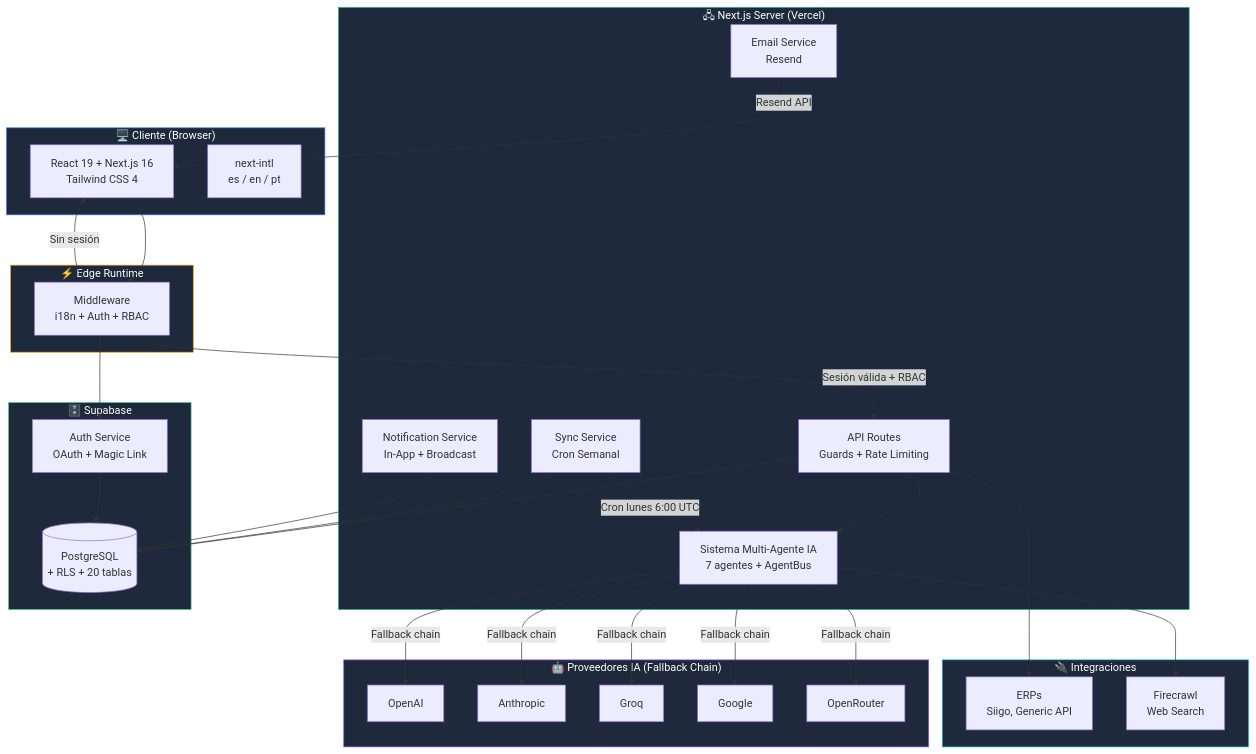
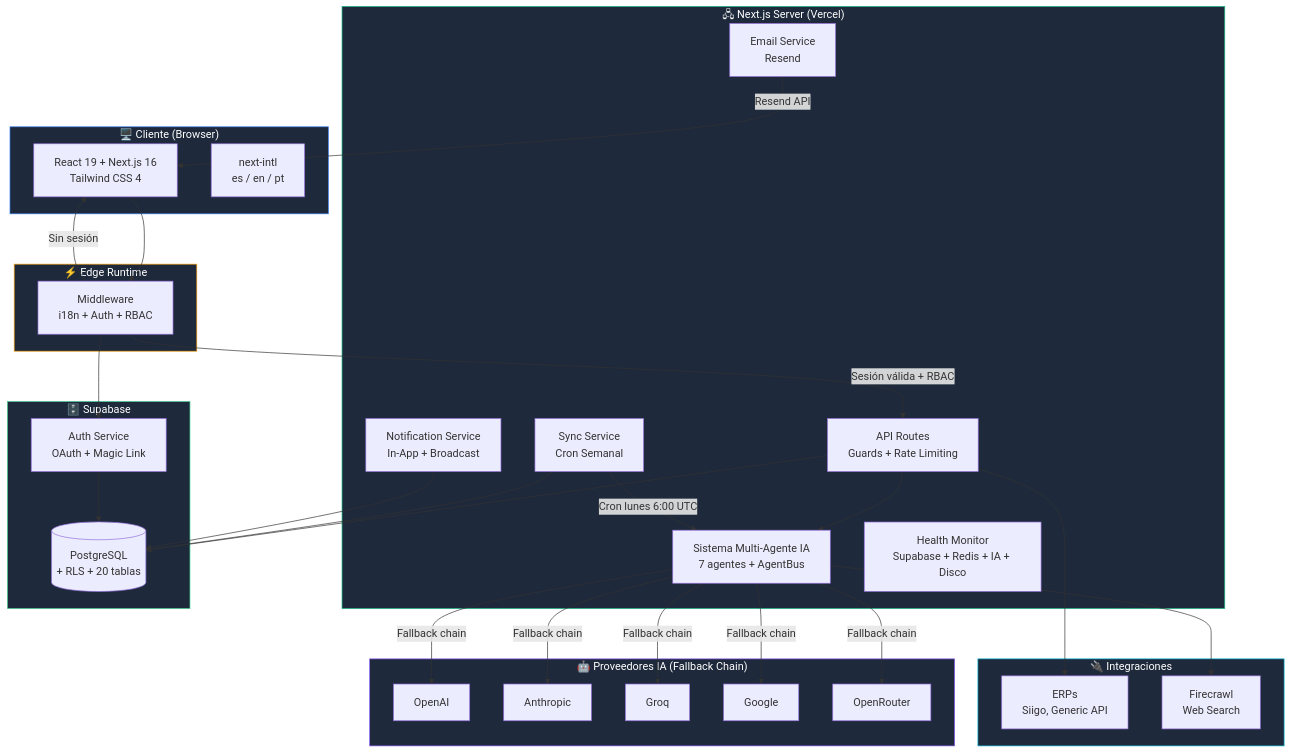
Before and after one commit to Shiroe-95/NominaApp: the first of 9 diagrams in README.md, drawn with Mermaid. The commit also changed other lines of this file and 176 other files, not shown here.

````diff
--- a/README.md
+++ b/README.md
@@ -141,59 +142,60 @@
 ```mermaid
 graph TB
     subgraph Cliente["🖥️ Cliente (Browser)"]
         UI[React 19 + Next.js 16<br/>Tailwind CSS 4]
         I18N[next-intl<br/>es / en / pt]
     end
 
     subgraph Edge["⚡ Edge Runtime"]
         MW[Middleware<br/>i18n + Auth + RBAC]
     end
 
     subgraph Server["🖧 Next.js Server (Vercel)"]
         API[API Routes<br/>Guards + Rate Limiting]
         AGENTS[Sistema Multi-Agente IA<br/>7 agentes + AgentBus]
         SYNC[Sync Service<br/>Cron Semanal]
         EMAIL[Email Service<br/>Resend]
         NOTIF[Notification Service<br/>In-App + Broadcast]
+        HEALTH[Health Monitor<br/>Supabase + Redis + IA + Disco]
     end
 
     subgraph AI["🤖 Proveedores IA (Fallback Chain)"]
         OAI[OpenAI]
         ANT[Anthropic]
         GRQ[Groq]
         GOO[Google]
         ORT[OpenRouter]
     end
 
     subgraph DB["🗄️ Supabase"]
         PG[(PostgreSQL<br/>+ RLS + 20 tablas)]
         AUTH[Auth Service<br/>OAuth + Magic Link]
     end
 
     subgraph EXT["🔌 Integraciones"]
         ERP[ERPs<br/>Siigo, Generic API]
         FIRE[Firecrawl<br/>Web Search]
     end
 
     UI --> MW
     MW -->|Sesión válida + RBAC| API
     MW -->|Sin sesión| UI
     API --> AGENTS
     API --> PG
     AGENTS -->|Fallback chain| OAI & ANT & GRQ & GOO & ORT
     SYNC -->|Cron lunes 6:00 UTC| AGENTS
     SYNC --> PG
     EMAIL -->|Resend API| UI
     NOTIF --> PG
     MW --> AUTH
     AUTH --> PG
     API --> ERP
     AGENTS --> FIRE
 
     style Cliente fill:#1e293b,stroke:#3b82f6,color:#fff
     style Edge fill:#1e293b,stroke:#f59e0b,color:#fff
     style Server fill:#1e293b,stroke:#10b981,color:#fff
     style AI fill:#1e293b,stroke:#8b5cf6,color:#fff
     style DB fill:#1e293b,stroke:#3ecf8e,color:#fff
     style EXT fill:#1e293b,stroke:#06b6d4,color:#fff
 ```
````
